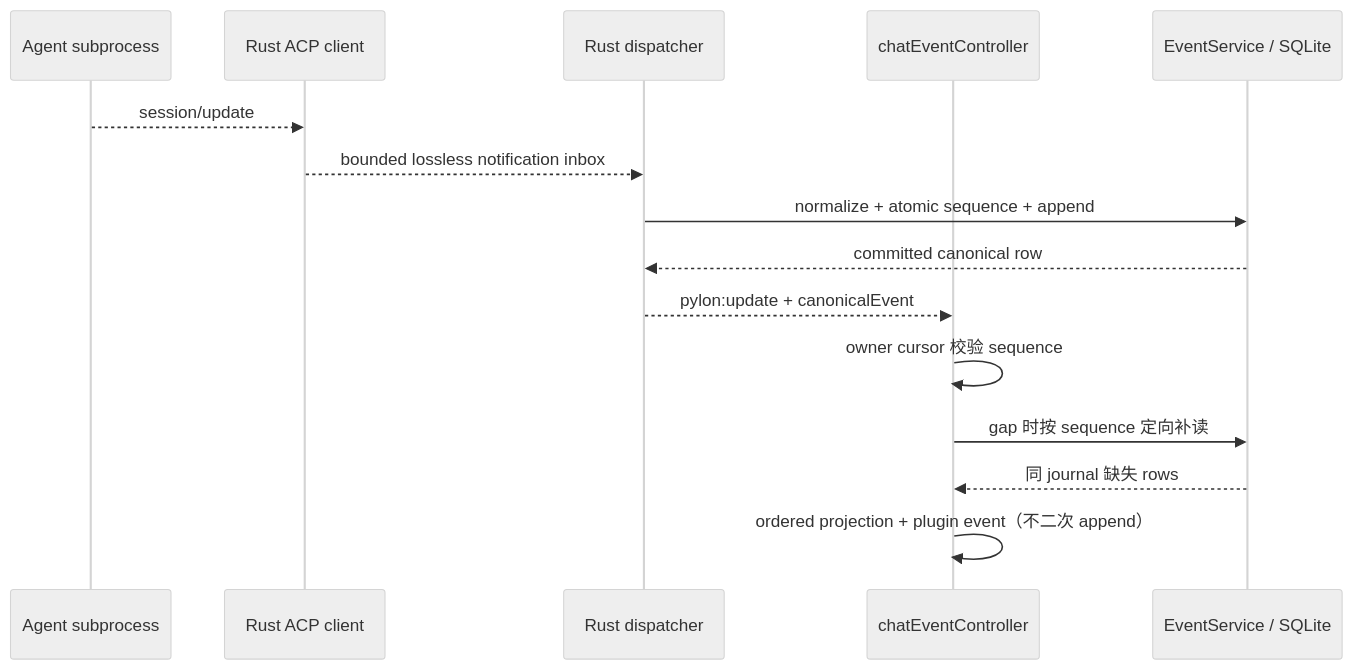
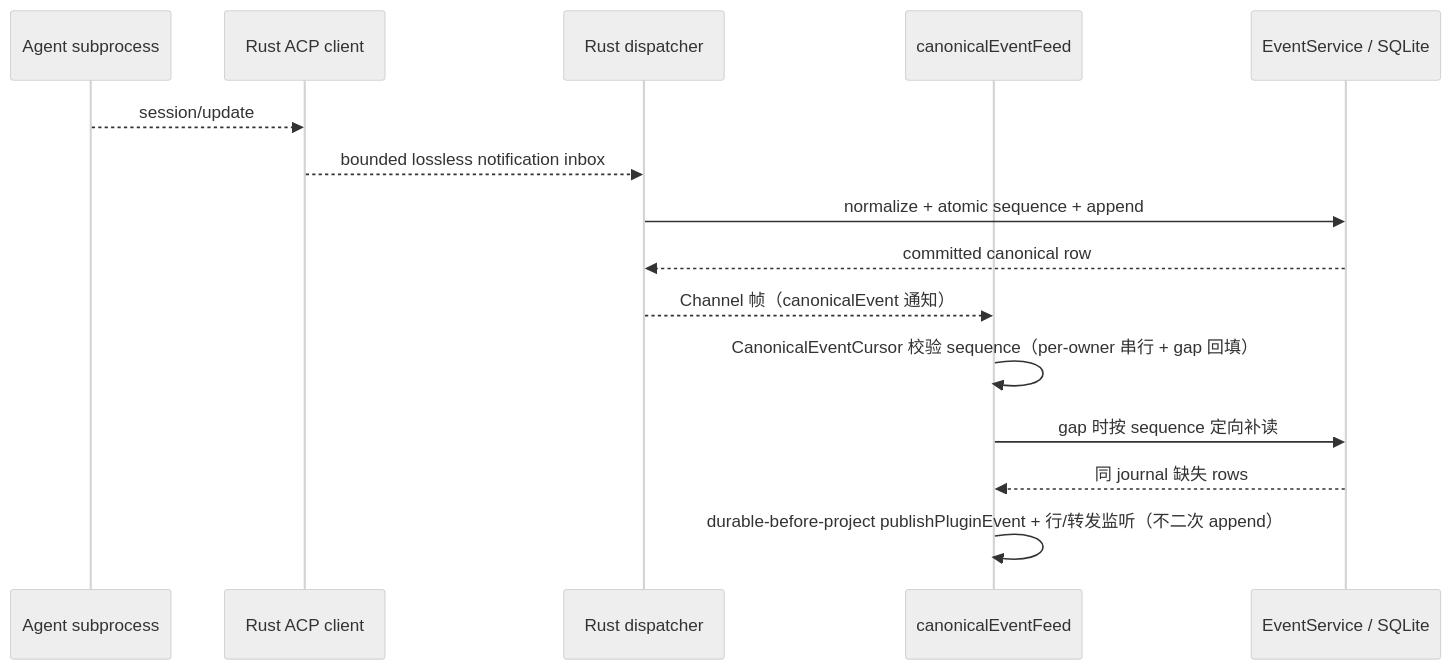
One commit to AlchemistCxC/Pylon-co-works changed the fourth of 7 diagrams in docs/说明书/Pylon-项目架构参考.md. Above: the diagram before and after it, drawn with Mermaid (neutral theme). The commit also changed other lines of this file and 5 other files, not shown here.

````diff
--- a/docs/说明书/Pylon-项目架构参考.md
+++ b/docs/说明书/Pylon-项目架构参考.md
@@ -169,18 +170,18 @@
 ```mermaid
 sequenceDiagram
   participant Agent as Agent subprocess
   participant ACP as Rust ACP client
   participant Dispatcher as Rust dispatcher
-  participant WebView as chatEventController
+  participant WebView as canonicalEventFeed
   participant Repo as EventService / SQLite
 
   Agent-->>ACP: session/update
   ACP-->>Dispatcher: bounded lossless notification inbox
   Dispatcher->>Repo: normalize + atomic sequence + append
   Repo-->>Dispatcher: committed canonical row
-  Dispatcher-->>WebView: pylon:update + canonicalEvent
-  WebView->>WebView: owner cursor 校验 sequence
+  Dispatcher-->>WebView: Channel 帧（canonicalEvent 通知）
+  WebView->>WebView: CanonicalEventCursor 校验 sequence（per-owner 串行 + gap 回填）
   WebView->>Repo: gap 时按 sequence 定向补读
   Repo-->>WebView: 同 journal 缺失 rows
-  WebView->>WebView: ordered projection + plugin event（不二次 append）
+  WebView->>WebView: durable-before-project publishPluginEvent + 行/转发监听（不二次 append）
 ```
````
